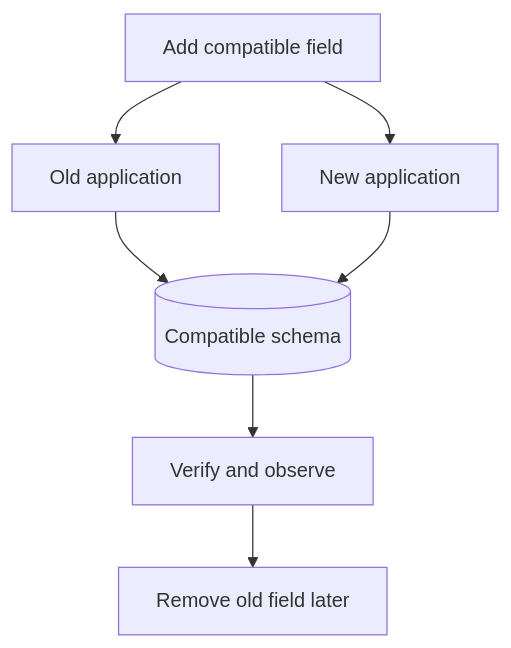
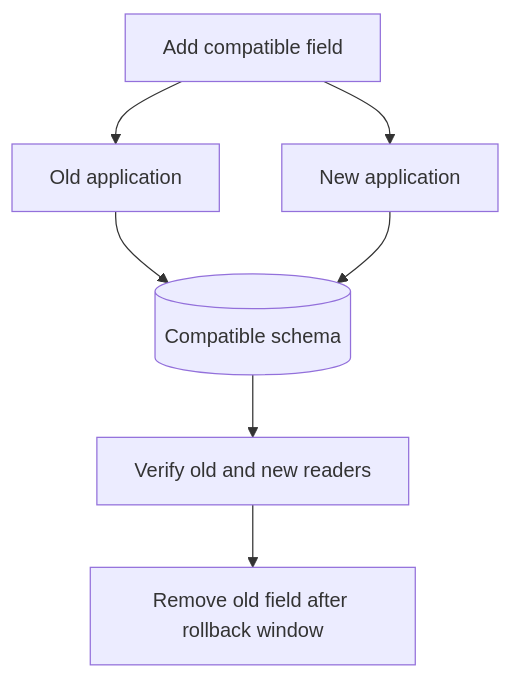
Before and after one commit to Soulful-Iris/junior-to-staff: the second of 3 diagrams in curriculum/01-code/01-problem-solving/change-loop.md, drawn with Mermaid. The commit also changed other lines of this file and 1 other file, not shown here.

````diff
--- a/curriculum/01-code/01-problem-solving/change-loop.md
+++ b/curriculum/01-code/01-problem-solving/change-loop.md
@@ -49,9 +46,9 @@
 ```mermaid
 flowchart TD
   Expand[Add compatible field] --> Old[Old application]
   Expand --> New[New application]
   Old --> Shared[(Compatible schema)]
   New --> Shared
-  Shared --> Verify[Verify and observe]
-  Verify --> Contract[Remove old field later]
+  Shared --> Verify[Verify old and new readers]
+  Verify --> Contract[Remove old field after rollback window]
 ```
````
